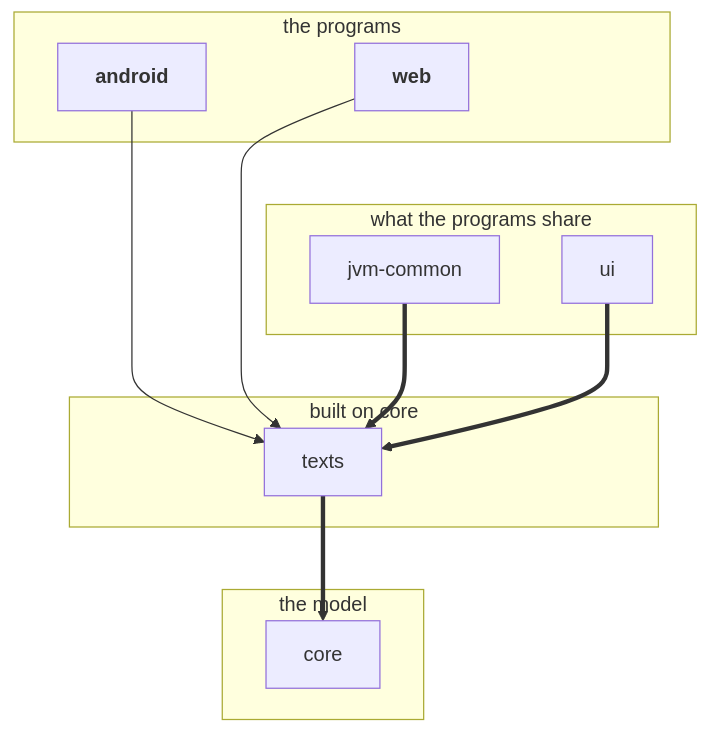
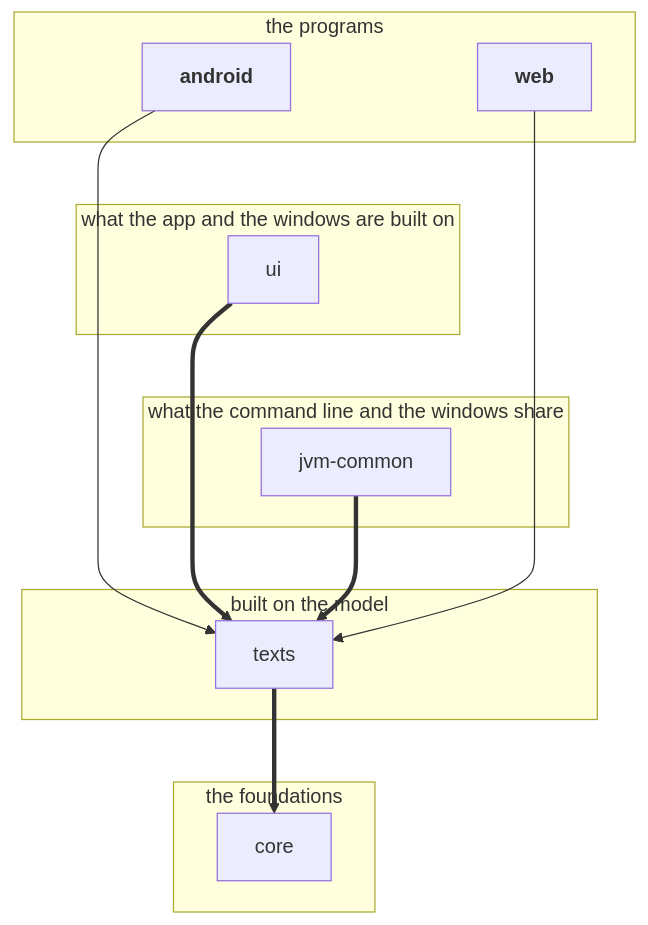
The second of 4 diagrams in docs/developing.md (loplex/sandbox_testing_repo_1), drawn with Mermaid before and after one commit. The commit also changed other lines of this file and 1 other file, not shown here.

````diff
--- a/docs/developing.md
+++ b/docs/developing.md
@@ -140,25 +150,28 @@
 ```mermaid
 graph TD
     subgraph programs [the programs]
+        android
         web
-        android
     end
-    subgraph shared [what the programs share]
+    subgraph frames [what the app and the windows are built on]
         ui
+    end
+    subgraph jvm [what the command line and the windows share]
         jvm-common
     end
-    subgraph base [built on core]
+    subgraph services [built on the model]
         texts
     end
-    subgraph model [the model]
+    subgraph foundations [the foundations]
         core
     end
     android --> texts
     web --> texts
+    ui ==> texts
     jvm-common ==> texts
-    ui ==> texts
     texts ==> core
-    programs ~~~ shared
+    programs ~~~ frames
+    frames ~~~ jvm
     classDef program font-weight:bold
     class android,web program
 ```
````
